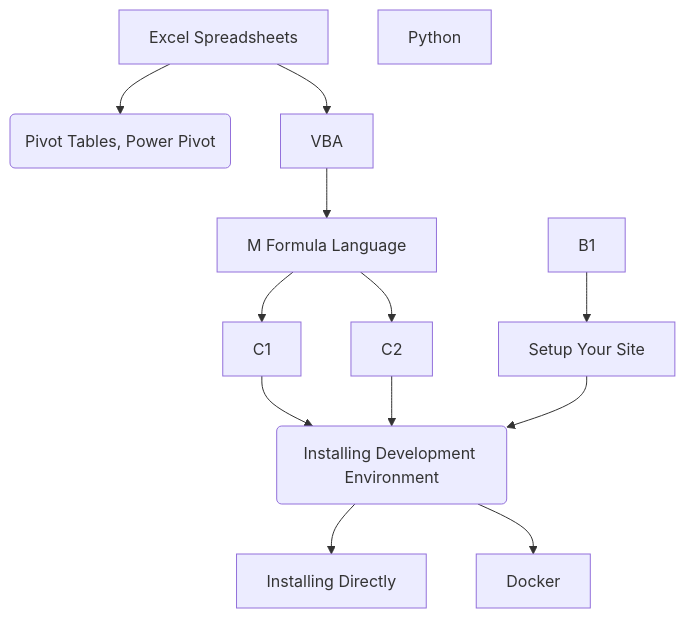
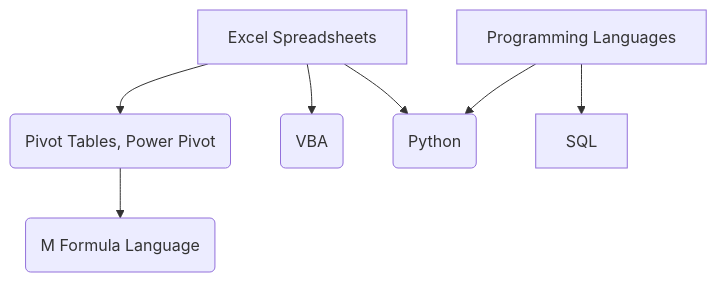
Before and after one commit to drkOluhv/drkOluhv.github.io: the diagram in home/_posts/2022-07-16-welcome.md, drawn with Mermaid. The commit also changed other lines of this file, not shown here.

````diff
--- a/home/_posts/2022-07-16-welcome.md
+++ b/home/_posts/2022-07-16-welcome.md
@@ -28,24 +27,16 @@
 ```mermaid
 graph TD;
     A0[Excel Spreadsheets]
     A1(Pivot Tables, Power Pivot)
-    A2[VBA]
-    B0[M Formula Language]
-    C0[Python]
-    D0[SQL]
-    D0[Setup Your Site]
-    E0(Installing Development Environment)
-    F0[Installing Directly]
-    F1[Docker]
+    A2(VBA)
+    B0(M Formula Language)
+    C0[Programming Languages]
+    D0(Python)
+    E0[SQL]
     A0-->A1;
     A0-->A2;
-    A2-->B0;
-    B0-->C1;
-    B0-->C2;
-    B1-->D0;
-    C1-->E0
-    C2-->E0
-    D0-->E0
-    E0-->F0
-    E0-->F1
+    A0-->D0;
+    A1-->B0;
+    C0-->D0;
+    C0-->E0;
 ```
````
